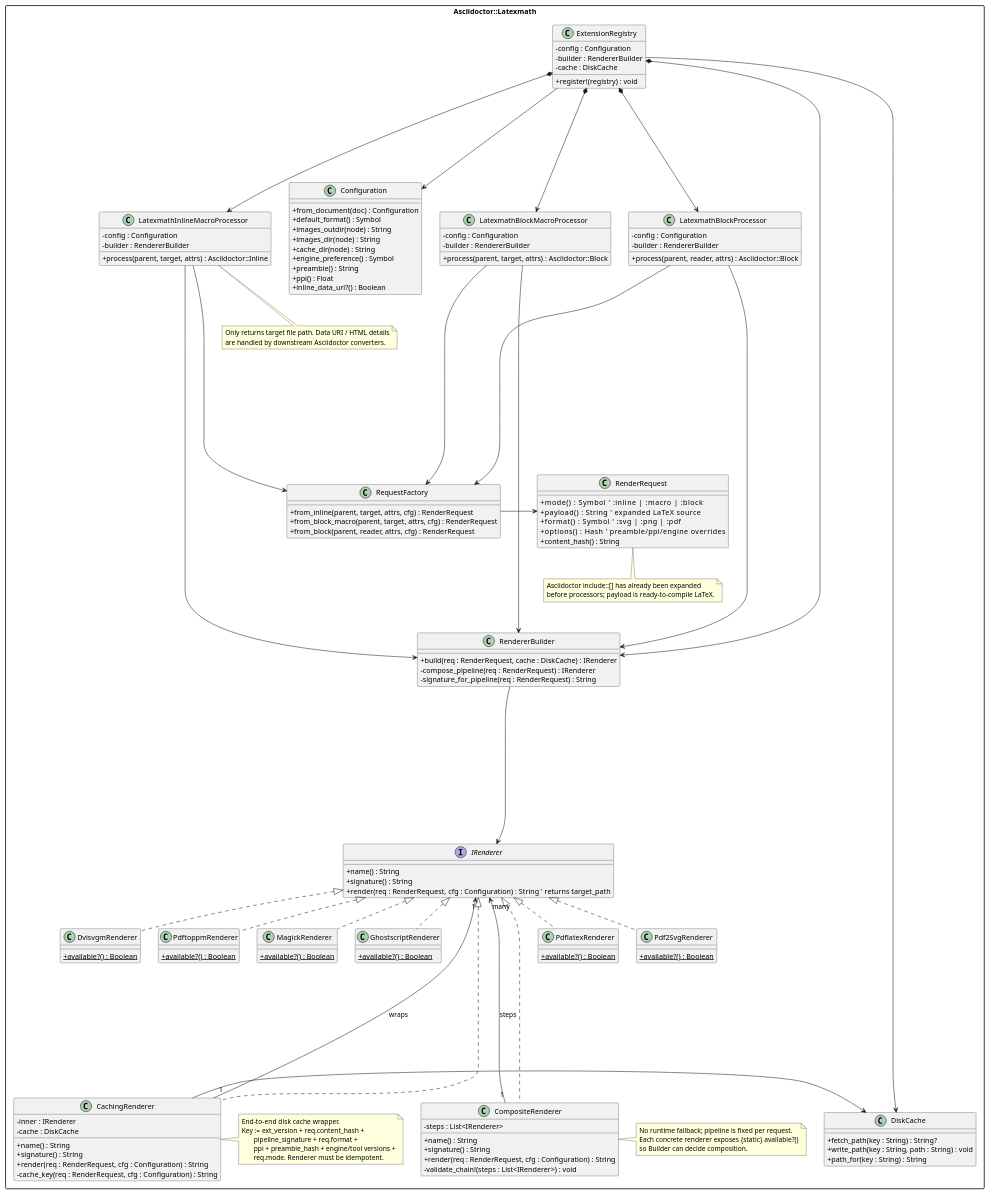
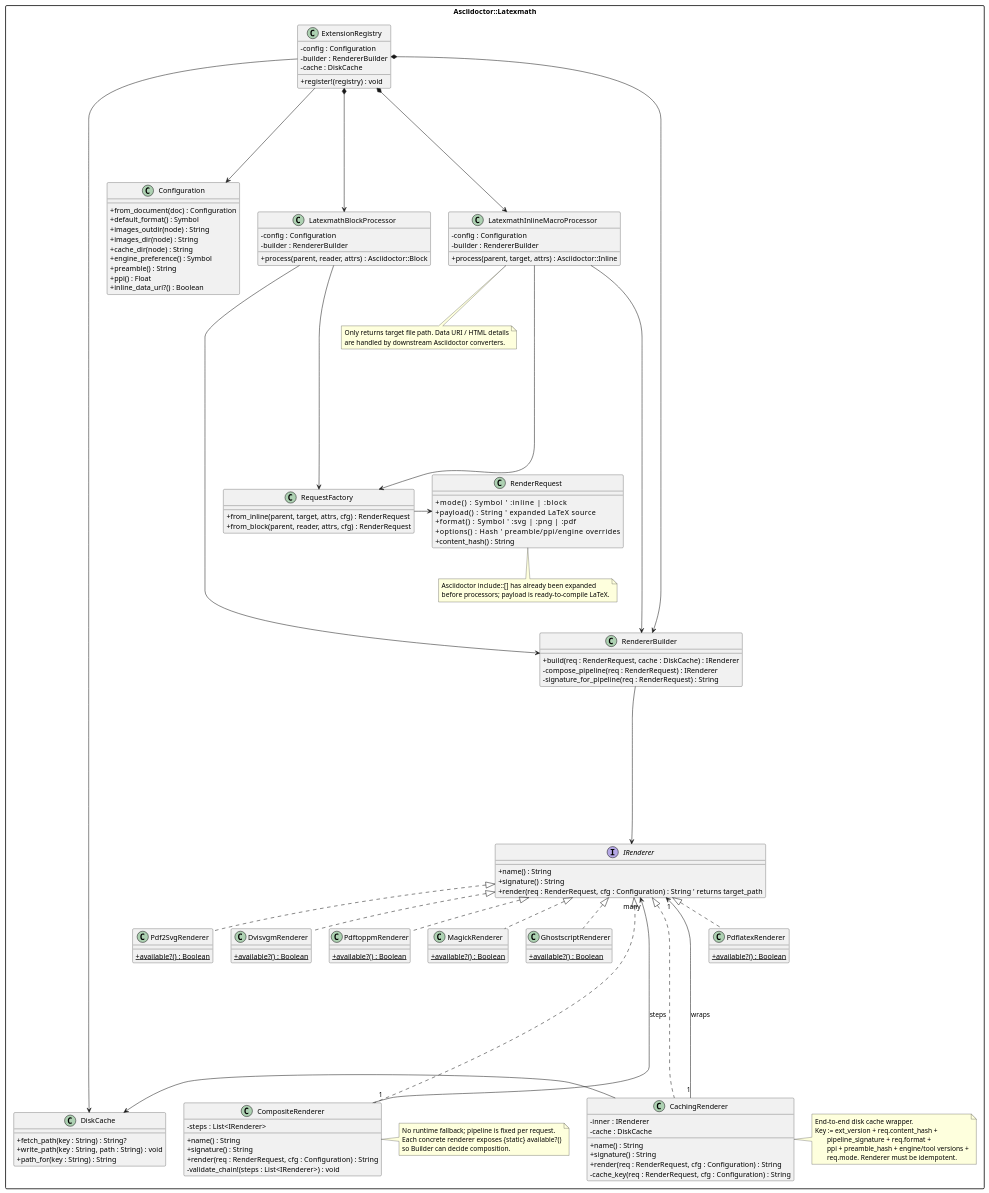
The diagram in DESIGN.md (hcoona/asciidoctor-latexmath), drawn with PlantUML before and after one commit. The commit also changed other lines of this file, not shown here.

Commit message:
docs: Update DESIGN.md to Comply with Constitution

```diff
--- a/DESIGN.md
+++ b/DESIGN.md
@@ -99,12 +101,6 @@
     -builder : RendererBuilder
   }
 
-  class LatexmathBlockMacroProcessor {
-    +process(parent, target, attrs) : Asciidoctor::Block
-    -config : Configuration
-    -builder : RendererBuilder
-  }
-
   class LatexmathBlockProcessor {
     +process(parent, reader, attrs) : Asciidoctor::Block
     -config : Configuration
@@ -114,12 +110,11 @@
   ' ====== Layer 3: Request ======
   class RequestFactory {
     +from_inline(parent, target, attrs, cfg) : RenderRequest
-    +from_block_macro(parent, target, attrs, cfg) : RenderRequest
     +from_block(parent, reader, attrs, cfg) : RenderRequest
   }
 
   class RenderRequest {
-    +mode() : Symbol            ' :inline | :macro | :block
+    +mode() : Symbol            ' :inline | :block
     +payload() : String         ' expanded LaTeX source
     +format() : Symbol          ' :svg | :png | :pdf
     +options() : Hash           ' preamble/ppi/engine overrides
@@ -180,7 +175,6 @@
   ' Composition/ownership from top to lower layers
   ExtensionRegistry *----> RendererBuilder
   ExtensionRegistry *----> LatexmathInlineMacroProcessor
-  ExtensionRegistry *----> LatexmathBlockMacroProcessor
   ExtensionRegistry *----> LatexmathBlockProcessor
 
   ' Registry knows config & cache
@@ -189,12 +183,10 @@
 
   ' Processors depend on Builder
   LatexmathInlineMacroProcessor ----down----> RendererBuilder
-  LatexmathBlockMacroProcessor ----down----> RendererBuilder
   LatexmathBlockProcessor ----down----> RendererBuilder
 
   ' Processors create requests
   LatexmathInlineMacroProcessor ---down---> RequestFactory
-  LatexmathBlockMacroProcessor ---down---> RequestFactory
   LatexmathBlockProcessor ---down---> RequestFactory
 
   RequestFactory ---right---> RenderRequest
```
